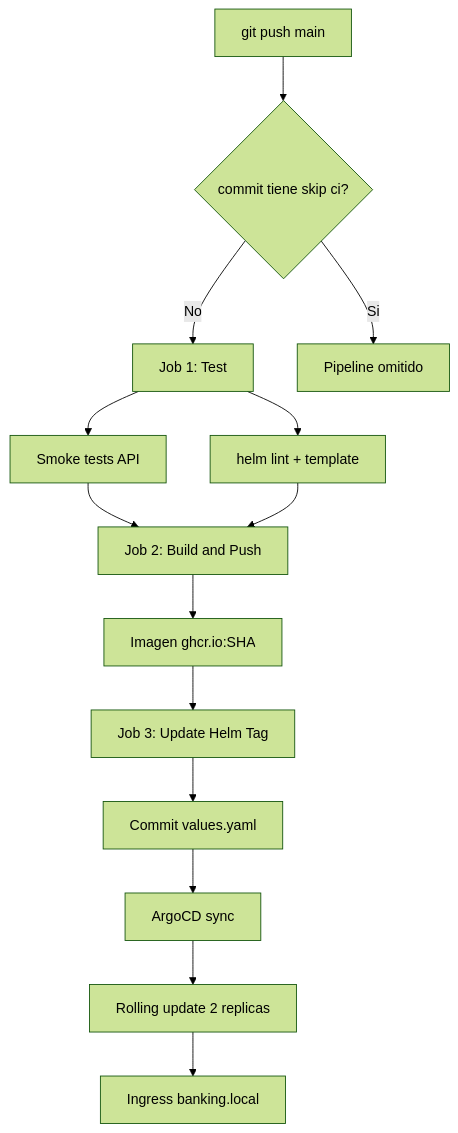
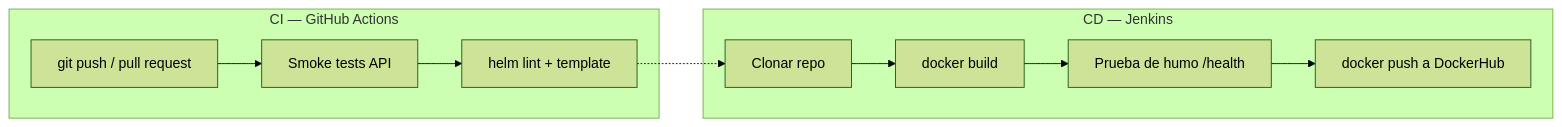
One commit to fabianroga77/laboratorio-devops changed the diagram in README.md. Above: the diagram before and after it, drawn with Mermaid (forest theme). The commit also changed other lines of this file, not shown here.

````diff
--- a/README.md
+++ b/README.md
@@ -25,16 +33,13 @@
 ```mermaid
-flowchart TB
-    A[git push main] --> B{commit tiene skip ci?}
-    B -->|No| C[Job 1: Test]
-    C --> C1[Smoke tests API]
-    C --> C2[helm lint + template]
-    C1 --> D[Job 2: Build and Push]
-    C2 --> D
-    D --> D1[Imagen ghcr.io:SHA]
-    D1 --> E[Job 3: Update Helm Tag]
-    E --> E1[Commit values.yaml]
-    E1 --> F[ArgoCD sync]
-    F --> G[Rolling update 2 replicas]
-    G --> H[Ingress banking.local]
-    B -->|Si| X[Pipeline omitido]
+flowchart LR
+    subgraph CI["CI — GitHub Actions"]
+        A[git push / pull request] --> B[Smoke tests API]
+        B --> C[helm lint + template]
+    end
+    subgraph CD["CD — Jenkins"]
+        D[Clonar repo] --> E[docker build]
+        E --> F[Prueba de humo /health]
+        F --> G[docker push a DockerHub]
+    end
+    C -.-> D
 ```
````
